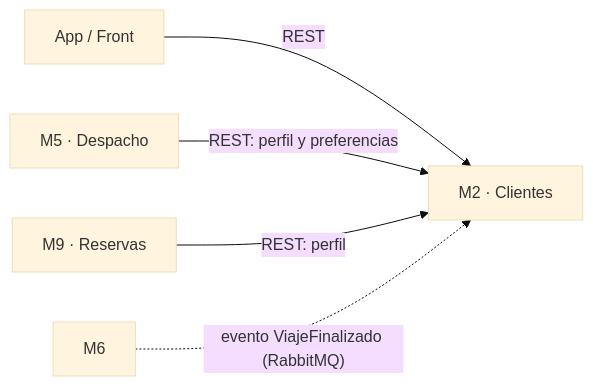
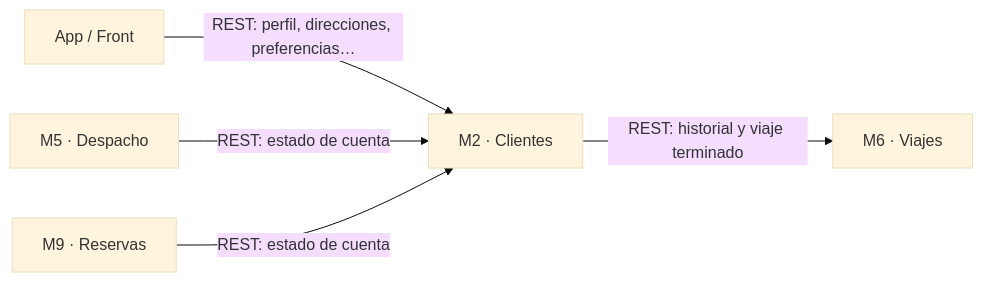
Before and after one commit to FRRe-DS/2026-01-TPI: the first of 2 diagrams in README.md, drawn with Mermaid (base theme). The commit also changed other lines of this file and 1 other file, not shown here.

````diff
--- a/README.md
+++ b/README.md
@@ -41,7 +41,7 @@
 ```mermaid
 flowchart LR
-    FRONT["App / Front"] -->|"REST"| M2["M2 · Clientes"]
-    M5["M5 · Despacho"] -->|"REST: perfil y preferencias"| M2
-    M9["M9 · Reservas"] -->|"REST: perfil"| M2
-    M6["M6"] -.->|"evento ViajeFinalizado (RabbitMQ)"| M2
+    FRONT["App / Front"] -->|"REST: perfil, direcciones, preferencias…"| M2["M2 · Clientes"]
+    M5["M5 · Despacho"] -->|"REST: estado de cuenta"| M2
+    M9["M9 · Reservas"] -->|"REST: estado de cuenta"| M2
+    M2 -->|"REST: historial y viaje terminado"| M6["M6 · Viajes"]
 ```
````
